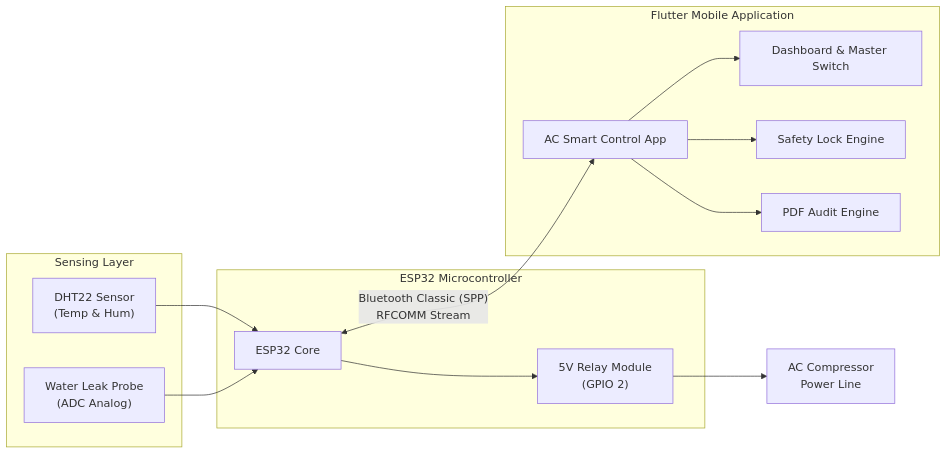
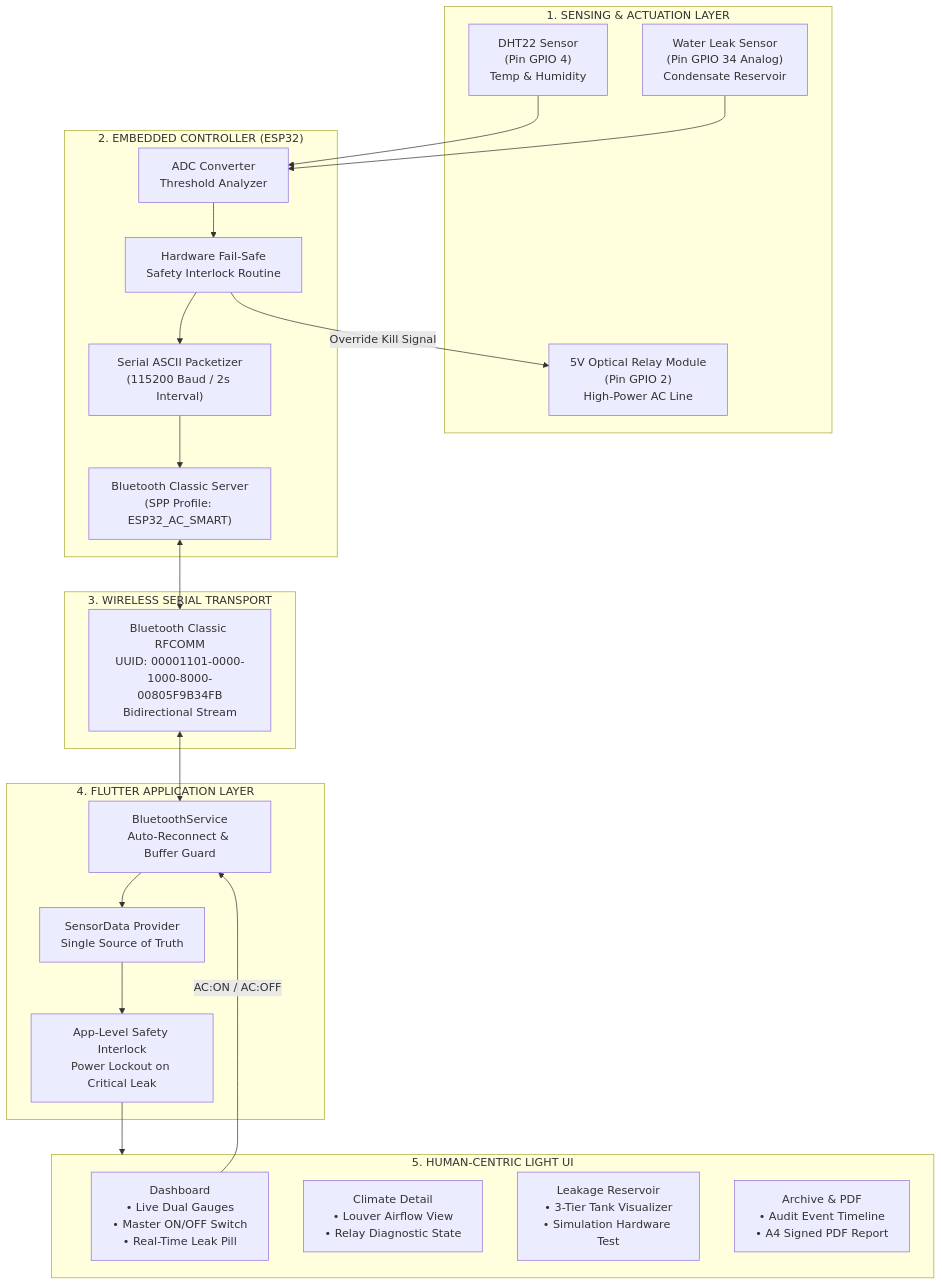
The first of 4 diagrams in README.md (hassanIssa00/AC-Smart-Control), drawn with Mermaid before and after one commit. The commit also changed other lines of this file, not shown here.

Commit message:
docs: comprehensive architectural diagrams, state machine, schematics, and protocol documentation

````diff
--- a/README.md
+++ b/README.md
@@ -28,22 +32,46 @@
 ```mermaid
-flowchart LR
-    subgraph Sensors["Sensing Layer"]
-        DHT["DHT22 Sensor\n(Temp & Hum)"]
-        LeakSensor["Water Leak Probe\n(ADC Analog)"]
+flowchart TD
+    subgraph SENSORS["1. SENSING & ACTUATION LAYER"]
+        DHT["DHT22 Sensor\n(Pin GPIO 4)\nTemp & Humidity"]
+        LEAK["Water Leak Sensor\n(Pin GPIO 34 Analog)\nCondensate Reservoir"]
+        RELAY["5V Optical Relay Module\n(Pin GPIO 2)\nHigh-Power AC Line"]
     end
 
-    subgraph Controller["ESP32 Microcontroller"]
-        DHT --> ESP["ESP32 Core"]
-        LeakSensor --> ESP
-        ESP --> Relay["5V Relay Module\n(GPIO 2)"]
+    subgraph MCU["2. EMBEDDED CONTROLLER (ESP32)"]
+        ADC["ADC Converter\nThreshold Analyzer"]
+        INTERLOCK["Hardware Fail-Safe\nSafety Interlock Routine"]
+        PACKET["Serial ASCII Packetizer\n(115200 Baud / 2s Interval)"]
+        SPP_SERVER["Bluetooth Classic Server\n(SPP Profile: ESP32_AC_SMART)"]
     end
 
-    Relay --> AC["AC Compressor\nPower Line"]
+    subgraph TRANSPORT["3. WIRELESS SERIAL TRANSPORT"]
+        BT_RFCOMM["Bluetooth Classic RFCOMM\nUUID: 00001101-0000-1000-8000-00805F9B34FB\nBidirectional Stream"]
+    end
 
-    subgraph MobileApp["Flutter Mobile Application"]
-        ESP <-- "Bluetooth Classic (SPP)\nRFCOMM Stream" --> App["AC Smart Control App"]
-        App --> Dash["Dashboard & Master Switch"]
-        App --> Safety["Safety Lock Engine"]
-        App --> PDF["PDF Audit Engine"]
+    subgraph APP["4. FLUTTER APPLICATION LAYER"]
+        BT_CLIENT["BluetoothService\nAuto-Reconnect & Buffer Guard"]
+        STATE["SensorData Provider\nSingle Source of Truth"]
+        SAFETY_LOCK["App-Level Safety Interlock\nPower Lockout on Critical Leak"]
     end
+
+    subgraph UI["5. HUMAN-CENTRIC LIGHT UI"]
+        DASH["Dashboard\n• Live Dual Gauges\n• Master ON/OFF Switch\n• Real-Time Leak Pill"]
+        CLIMATE["Climate Detail\n• Louver Airflow View\n• Relay Diagnostic State"]
+        TANK["Leakage Reservoir\n• 3-Tier Tank Visualizer\n• Simulation Hardware Test"]
+        ARCHIVE["Archive & PDF\n• Audit Event Timeline\n• A4 Signed PDF Report"]
+    end
+
+    %% Connections
+    DHT --> ADC
+    LEAK --> ADC
+    ADC --> INTERLOCK
+    INTERLOCK -->|Override Kill Signal| RELAY
+    INTERLOCK --> PACKET
+    PACKET --> SPP_SERVER
+    SPP_SERVER <--> BT_RFCOMM
+    BT_RFCOMM <--> BT_CLIENT
+    BT_CLIENT --> STATE
+    STATE --> SAFETY_LOCK
+    SAFETY_LOCK --> UI
+    DASH -->|AC:ON / AC:OFF| BT_CLIENT
 ```
````
